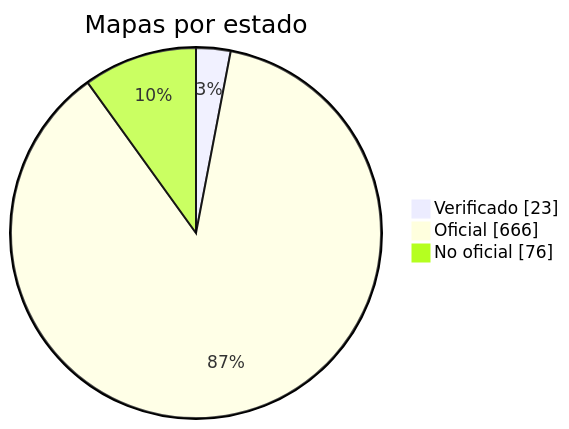
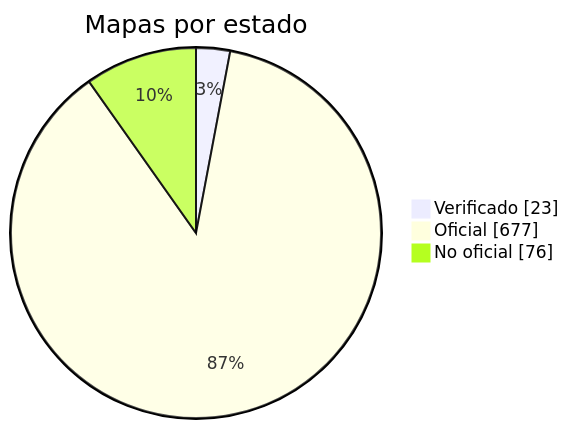
One commit to nobrega8/mbmap-library changed the diagram in docs/readme/README_ES.md. Above: the diagram before and after it, drawn with Mermaid. The commit also changed 16 other files, not shown here.

````diff
--- a/docs/readme/README_ES.md
+++ b/docs/readme/README_ES.md
@@ -54,7 +54,7 @@
 ```mermaid
 pie showData
     title Mapas por estado
     "Verificado" : 23
-    "Oficial" : 666
+    "Oficial" : 677
     "No oficial" : 76
 ```
````
